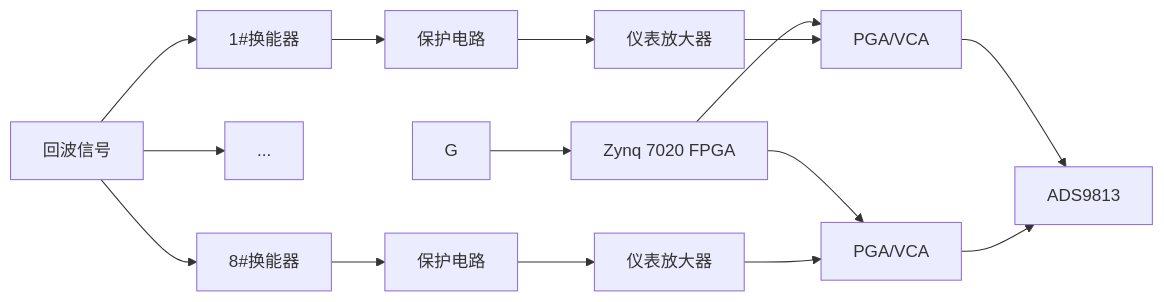
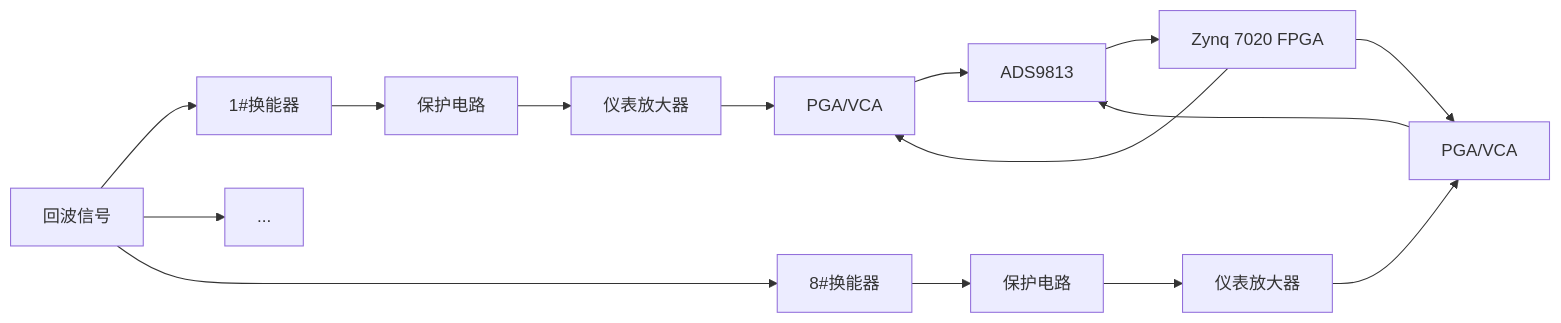
One commit to Rukawa15/iodraw-files changed the diagram in all/同步采集.md. Above: the diagram before and after it, drawn with Mermaid.

Commit message:
2025-06-19 14:37:53 update

````diff
--- a/all/同步采集.md
+++ b/all/同步采集.md
@@ -1,24 +1,24 @@
 ```mermaid
 graph LR
 A[回波信号]
 A --> B1[1#换能器]
 A --> ...
 A --> B8[8#换能器]
 
 B1 --> C1[保护电路]
 B8 --> C8[保护电路]
 
 C1 --> D1[仪表放大器]
 C8 --> D8[仪表放大器]
 H[Zynq 7020 ARM] --> E1
 H[Zynq 7020 ARM] --> E8
 D1 --> E1[PGA/VCA]
 D8 --> E8[PGA/VCA]
 
-E1 --> F[ADS9813]
-E8 --> F[ADS9813] 
+E1 --> G[ADS9813]
+E8 --> G[ADS9813] 
 
 G --> H[Zynq 7020 FPGA]
 
 
 ```
````
